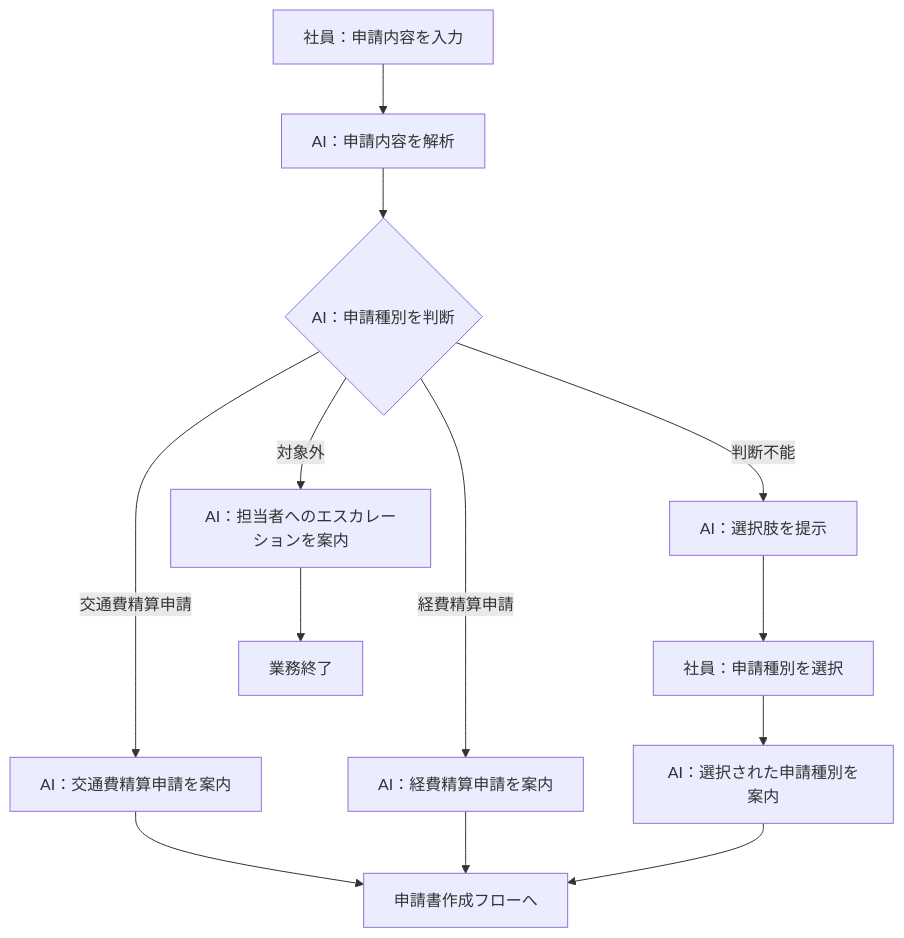
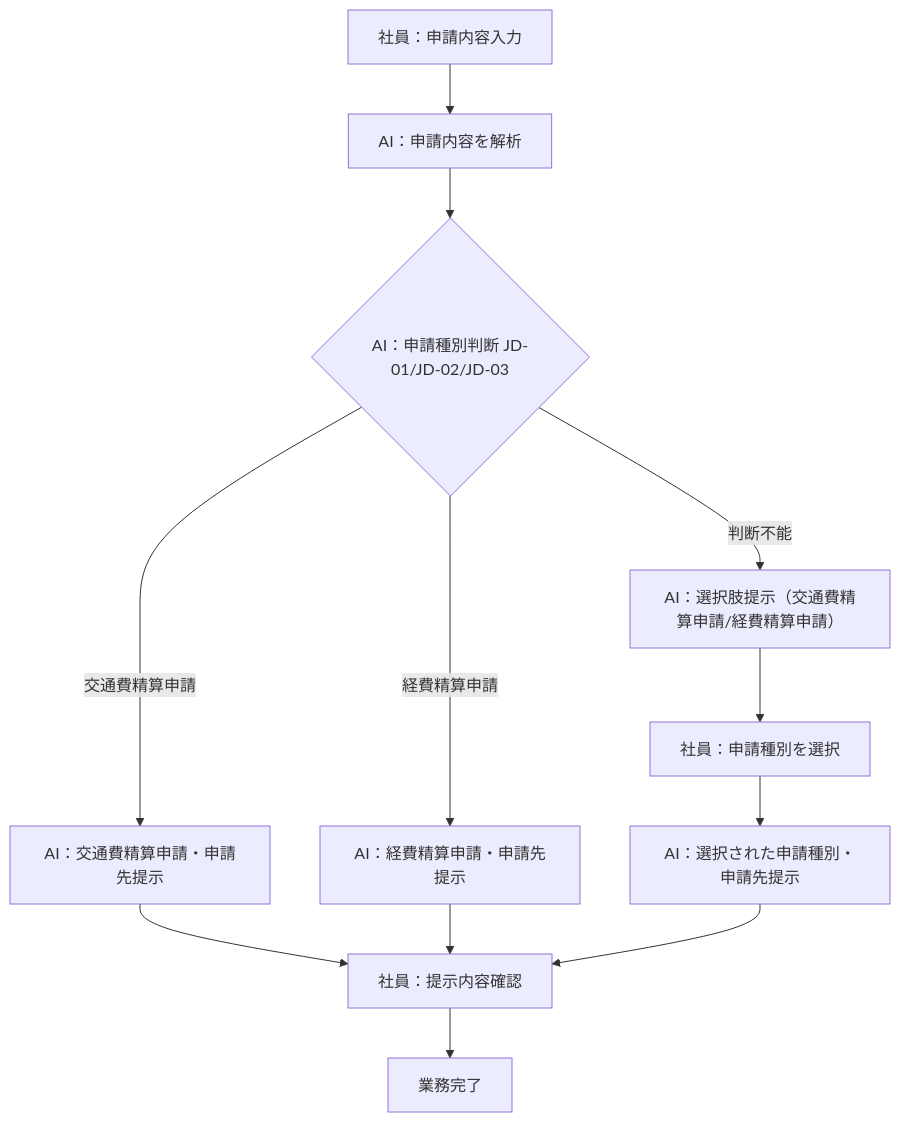
One commit to horii003/AIAgentBook changed the first of 3 diagrams in artifacts/01_business-requirements/outputs/業務プロセス定義.md. Above: the diagram before and after it, drawn with Mermaid. The commit also changed other lines of this file and 247 other files, not shown here.

````diff
--- a/artifacts/01_business-requirements/outputs/業務プロセス定義.md
+++ b/artifacts/01_business-requirements/outputs/業務プロセス定義.md
@@ -29,15 +23,14 @@
 ```mermaid
 flowchart TD
-    A[社員：申請内容を入力] --> B[AI：申請内容を解析]
-    B --> C{AI：申請種別を判断}
-    C -->|交通費精算申請| D[AI：交通費精算申請を案内]
-    C -->|経費精算申請| E[AI：経費精算申請を案内]
-    C -->|判断不能| F[AI：選択肢を提示]
-    C -->|対象外| G[AI：担当者へのエスカレーションを案内]
-    F --> H[社員：申請種別を選択]
-    H --> I[AI：選択された申請種別を案内]
-    D --> J[申請書作成フローへ]
-    E --> J
-    I --> J
-    G --> K[業務終了]
+    A[社員：申請内容入力] --> B[AI：申請内容を解析]
+    B --> C{AI：申請種別判断 JD-01/JD-02/JD-03}
+    C -->|交通費精算申請| D[AI：交通費精算申請・申請先提示]
+    C -->|経費精算申請| E[AI：経費精算申請・申請先提示]
+    C -->|判断不能| F[AI：選択肢提示（交通費精算申請/経費精算申請）]
+    F --> G[社員：申請種別を選択]
+    G --> H[AI：選択された申請種別・申請先提示]
+    D --> I[社員：提示内容確認]
+    E --> I
+    H --> I
+    I --> J[業務完了]
 ```
````
